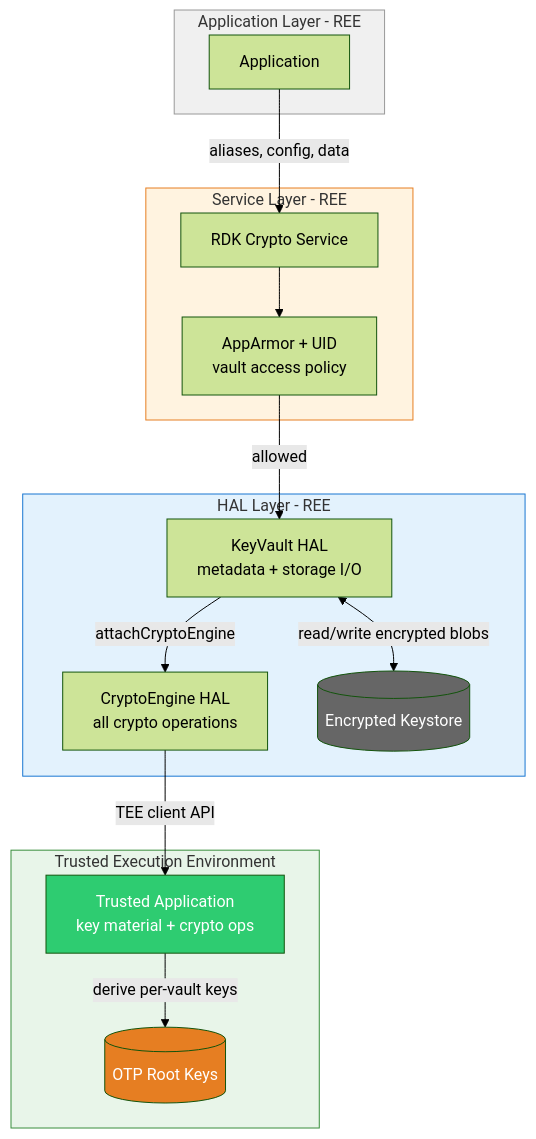
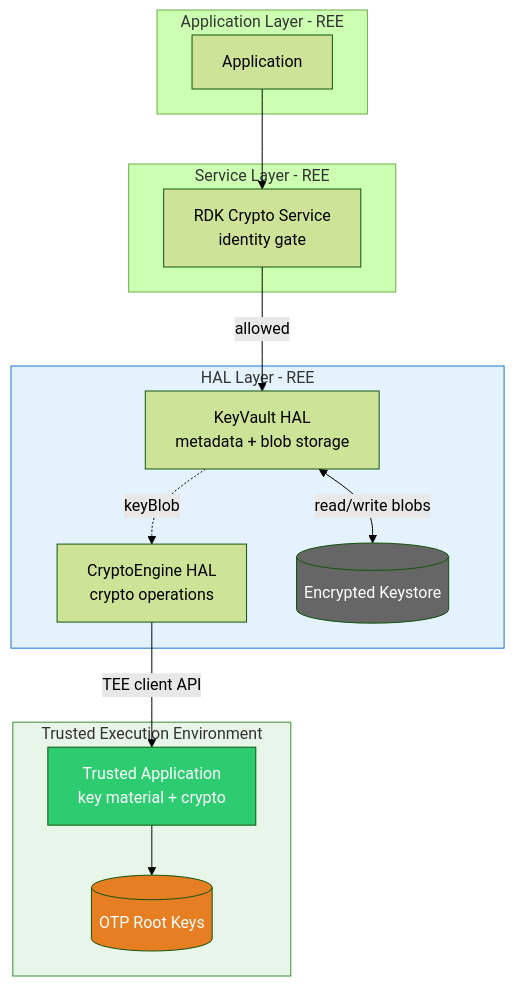
The first of 3 diagrams in keyvault/current/docs/keyvault.md (Blitzy-Sky/rdk-halif-aidl), drawn with Mermaid (forest theme) before and after one commit. The commit also changed other lines of this file and 2 other files, not shown here.

First line of the commit message:
feat(keyvault): advertise supported algorithms/key types/digests; restructure HAL doc

````diff
--- a/keyvault/current/docs/keyvault.md
+++ b/keyvault/current/docs/keyvault.md
@@ -39,38 +119,30 @@
 ```mermaid
 flowchart TD
     subgraph APP_LAYER [Application Layer - REE]
         App[Application]
     end
+    subgraph SVC_LAYER [Service Layer - REE]
+        Svc[RDK Crypto Service<br/>identity gate]
+    end
+    subgraph HAL_LAYER [HAL Layer - REE]
+        HAL_KV[KeyVault HAL<br/>metadata + blob storage]
+        HAL_CE[CryptoEngine HAL<br/>crypto operations]
+        KS[(Encrypted Keystore)]
+        HAL_KV <-->|read/write blobs| KS
+    end
+    subgraph TEE_LAYER [Trusted Execution Environment]
+        TA[Trusted Application<br/>key material + crypto]
+        OTP[(OTP Root Keys)]
+        TA --> OTP
+    end
+    App --> Svc
+    Svc -->|allowed| HAL_KV
+    HAL_KV -.->|keyBlob| HAL_CE
+    HAL_CE -->|TEE client API| TA
 
-    subgraph SVC_LAYER [Service Layer - REE]
-        Svc[RDK Crypto Service]
-        AA[AppArmor + UID<br/>vault access policy]
-        Svc --> AA
-    end
-
-    subgraph HAL_LAYER [HAL Layer - REE]
-        HAL_KV[KeyVault HAL<br/>metadata + storage I/O]
-        HAL_CE[CryptoEngine HAL<br/>all crypto operations]
-        KS[(Encrypted Keystore)]
-        HAL_KV -->|"attachCryptoEngine"| HAL_CE
-        HAL_KV <-->|"read/write encrypted blobs"| KS
-    end
-
-    subgraph TEE_LAYER [Trusted Execution Environment]
-        TA[Trusted Application<br/>key material + crypto ops]
-        OTP[(OTP Root Keys)]
-        TA -->|"derive per-vault keys"| OTP
-    end
-
-    App -->|"aliases, config, data"| Svc
-    AA -->|"allowed"| HAL_KV
-    HAL_CE -->|"TEE client API"| TA
-
-    style APP_LAYER fill:#f0f0f0,stroke:#999
-    style SVC_LAYER fill:#fff3e0,stroke:#e67e22
     style HAL_LAYER fill:#e3f2fd,stroke:#1976d2
     style TEE_LAYER fill:#e8f5e9,stroke:#388e3c
     style TA fill:#2ecc71,color:#fff
     style OTP fill:#e67e22,color:#fff
     style KS fill:#666,color:#fff
 ```
````
